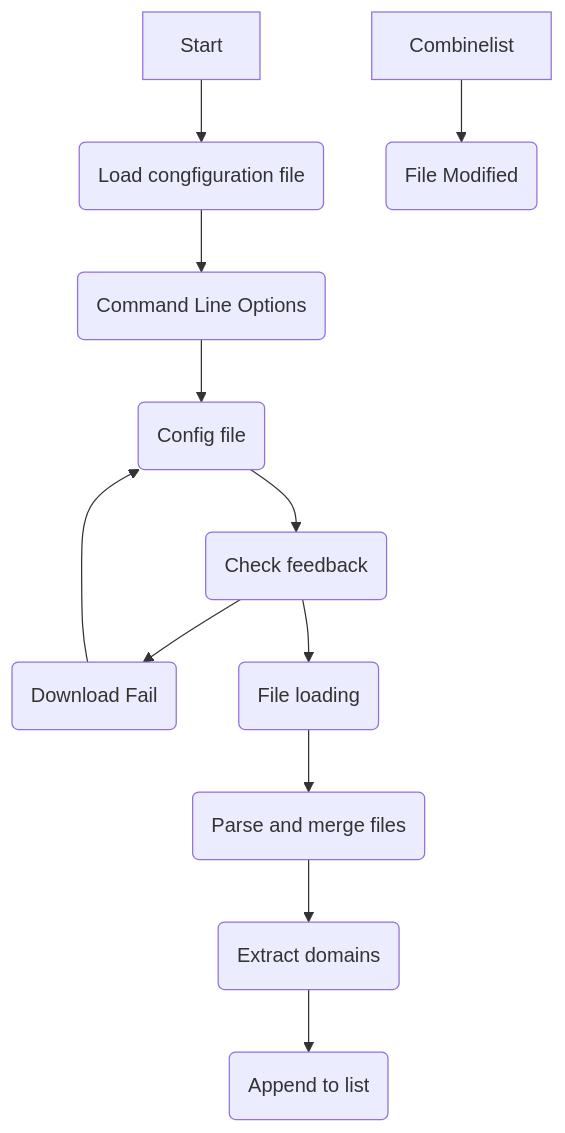
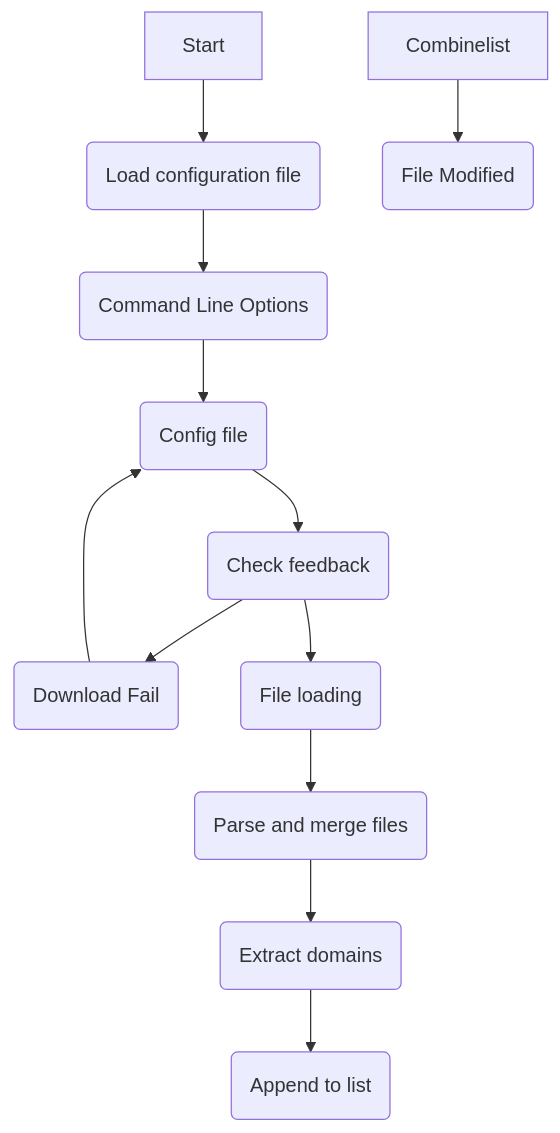
Before and after one commit to jarnaks/ICTPRG434AT2-Debugging: the diagram in URLBlocker.md, drawn with Mermaid.

````diff
--- a/URLBlocker.md
+++ b/URLBlocker.md
@@ -1,14 +1,14 @@
 ```mermaid
 flowchart TD
-    Start --> Initialize("Load congfiguration file")
+    Start --> Initialize("Load configuration file")
     Initialize --> Parse-command-line-options("Command Line Options")
     Parse-command-line-options --> GetConfigFile("Config file")
     GetConfigFile --> Download-blocklist("Check feedback")
     Download-blocklist --> Download-fail("Download Fail")
     Download-blocklist --> Correct-file("File loading")
     Download-fail --> GetConfigFile
     Correct-file --> Parse-merge("Parse and merge files")
     Parse-merge --> Regex("Extract domains")
     Regex --> CombineList("Append to list")
     Combinelist --> ModifiedHostFile("File Modified")
 ```
````
